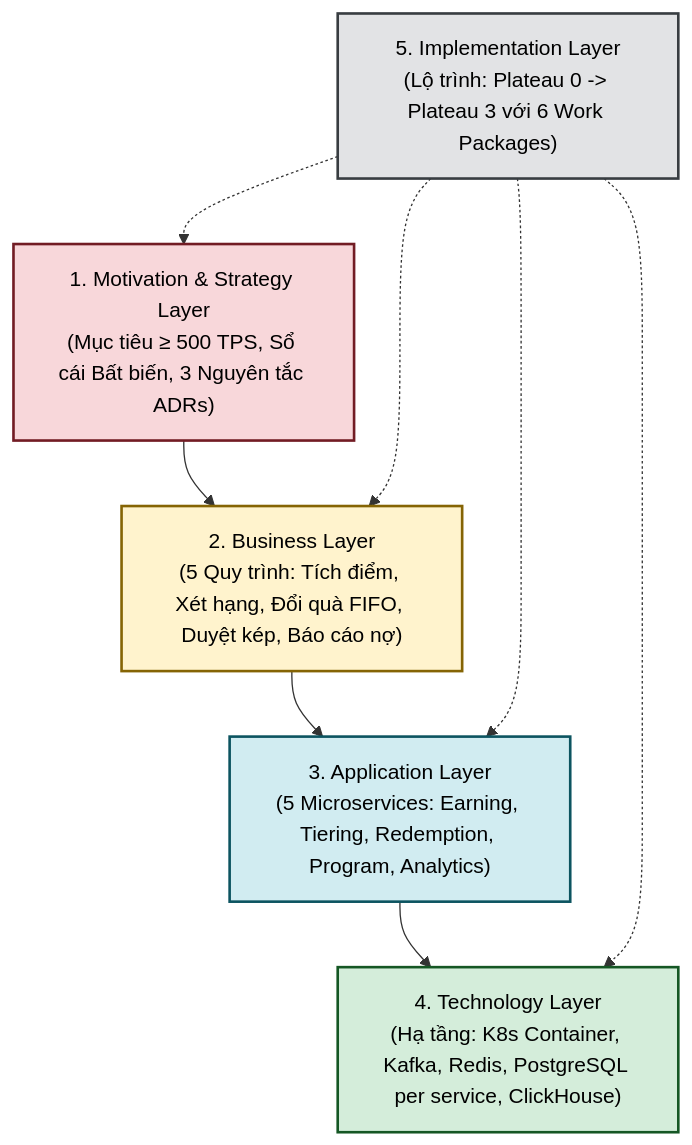
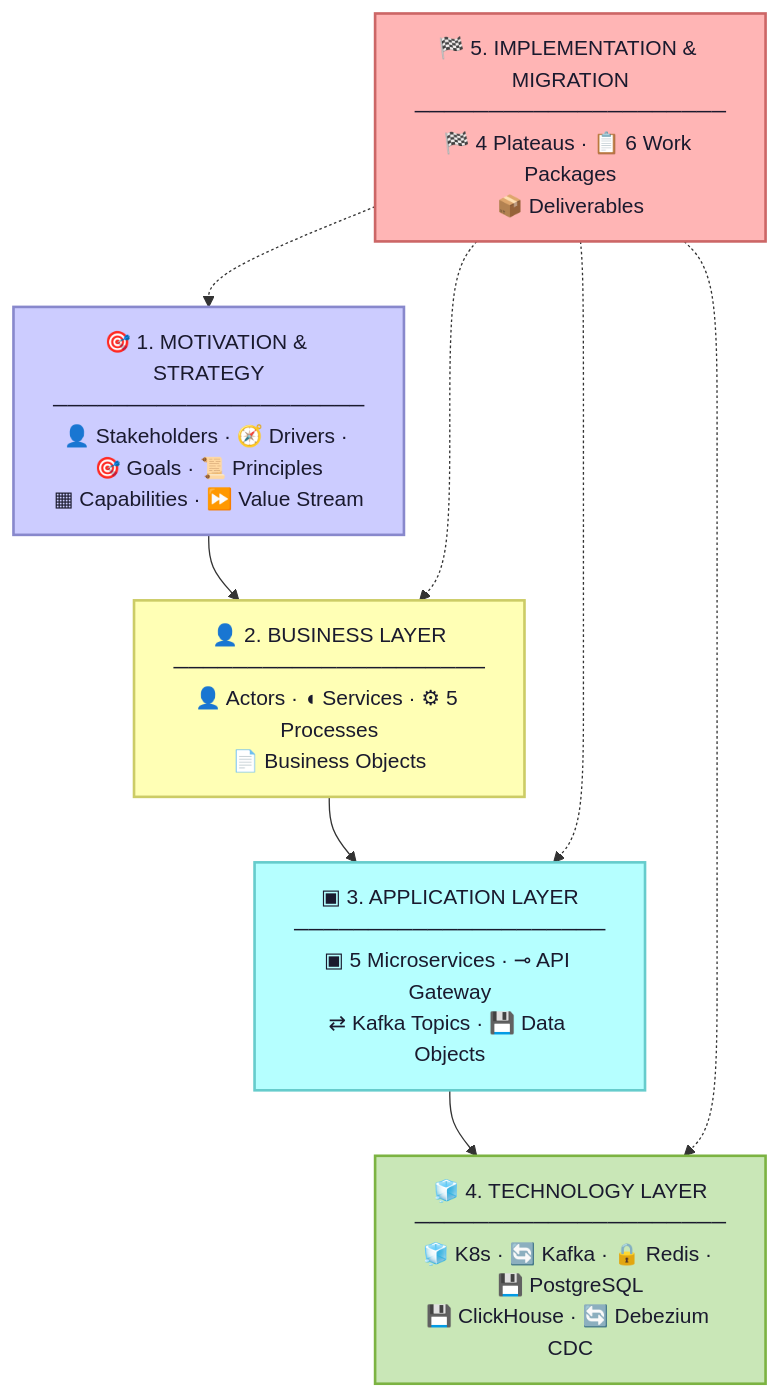
One commit to quangvtuet/loyalty_system_docs changed the first of 7 diagrams in architecture/ArchiMate-Layer-Diagrams.md. Above: the diagram before and after it, drawn with Mermaid. The commit also changed other lines of this file and 1 other file, not shown here.

Commit message:
lab8-change diagram

````diff
--- a/architecture/ArchiMate-Layer-Diagrams.md
+++ b/architecture/ArchiMate-Layer-Diagrams.md
@@ -17,16 +39,16 @@
 ```mermaid
 flowchart TD
-    M["1. Motivation & Strategy Layer\n(Mục tiêu ≥ 500 TPS, Sổ cái Bất biến, 3 Nguyên tắc ADRs)"] --> B["2. Business Layer\n(5 Quy trình: Tích điểm, Xét hạng, Đổi quà FIFO, Duyệt kép, Báo cáo nợ)"]
-    B --> A["3. Application Layer\n(5 Microservices: Earning, Tiering, Redemption, Program, Analytics)"]
-    A --> T["4. Technology Layer\n(Hạ tầng: K8s Container, Kafka, Redis, PostgreSQL per service, ClickHouse)"]
-    I["5. Implementation Layer\n(Lộ trình: Plateau 0 -> Plateau 3 với 6 Work Packages)"] -.-> M
+    M["🎯 1. MOTIVATION & STRATEGY\n─────────────────────\n👤 Stakeholders · 🧭 Drivers · 🎯 Goals · 📜 Principles\n▦ Capabilities · ⏩ Value Stream"] --> B["👤 2. BUSINESS LAYER\n─────────────────────\n👤 Actors · ◖ Services · ⚙ 5 Processes\n📄 Business Objects"]
+    B --> A["▣ 3. APPLICATION LAYER\n─────────────────────\n▣ 5 Microservices · ⊸ API Gateway\n⇄ Kafka Topics · 💾 Data Objects"]
+    A --> T["🧊 4. TECHNOLOGY LAYER\n─────────────────────\n🧊 K8s · 🔄 Kafka · 🔒 Redis · 💾 PostgreSQL\n💾 ClickHouse · 🔄 Debezium CDC"]
+    I["🏁 5. IMPLEMENTATION & MIGRATION\n─────────────────────\n🏁 4 Plateaus · 📋 6 Work Packages\n📦 Deliverables"] -.-> M
     I -.-> B
     I -.-> A
     I -.-> T
 
-    style M fill:#f8d7da,stroke:#721c24,stroke-width:2px,color:#000
-    style B fill:#fff3cd,stroke:#856404,stroke-width:2px,color:#000
-    style A fill:#d1ecf1,stroke:#0c5460,stroke-width:2px,color:#000
-    style T fill:#d4edda,stroke:#155724,stroke-width:2px,color:#000
-    style I fill:#e2e3e5,stroke:#383d41,stroke-width:2px,color:#000
+    style M fill:#CCCCFF,stroke:#8888CC,stroke-width:2px,color:#1a1a2e
+    style B fill:#FFFFB5,stroke:#CCCC66,stroke-width:2px,color:#1a1a2e
+    style A fill:#B5FFFF,stroke:#66CCCC,stroke-width:2px,color:#1a1a2e
+    style T fill:#C9E7B7,stroke:#7CB342,stroke-width:2px,color:#1a1a2e
+    style I fill:#FFB5B5,stroke:#CC6666,stroke-width:2px,color:#1a1a2e
 ```
````
